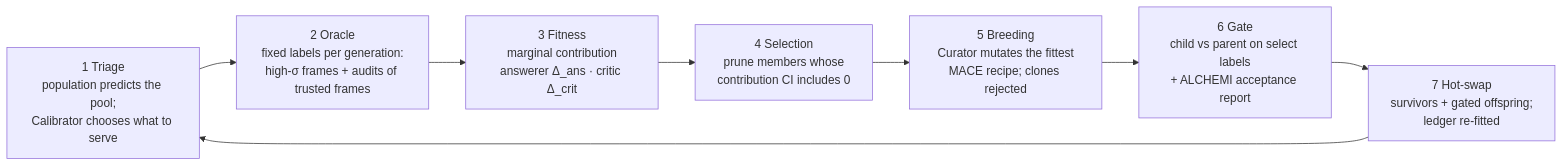
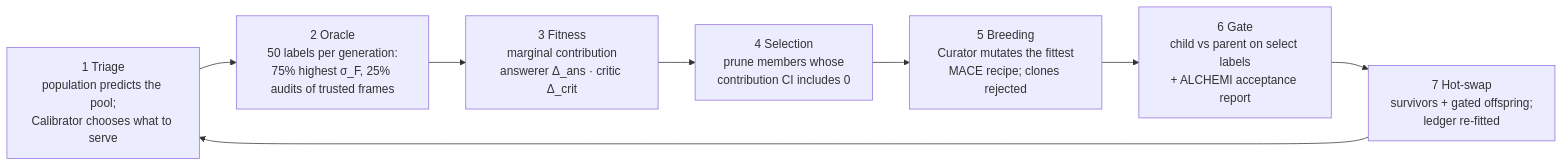
One commit to Pavel-Tk/fittest changed the second of 2 diagrams in README.md. Above: the diagram before and after it, drawn with Mermaid. The commit also changed other lines of this file, not shown here.

````diff
--- a/README.md
+++ b/README.md
@@ -292,10 +311,10 @@
 ```mermaid
 flowchart LR
-    T["1 Triage<br/>population predicts the pool;<br/>Calibrator chooses what to serve"] --> O["2 Oracle<br/>fixed labels per generation:<br/>high-σ frames + audits of trusted frames"]
+    T["1 Triage<br/>population predicts the pool;<br/>Calibrator chooses what to serve"] --> O["2 Oracle<br/>50 labels per generation:<br/>75% highest σ_F, 25% audits of trusted frames"]
     O --> F["3 Fitness<br/>marginal contribution<br/>answerer Δ_ans · critic Δ_crit"]
     F --> S["4 Selection<br/>prune members whose<br/>contribution CI includes 0"]
     S --> B["5 Breeding<br/>Curator mutates the fittest<br/>MACE recipe; clones rejected"]
     B --> G["6 Gate<br/>child vs parent on select labels<br/>+ ALCHEMI acceptance report"]
     G --> H["7 Hot-swap<br/>survivors + gated offspring;<br/>ledger re-fitted"]
     H --> T
 ```
````
